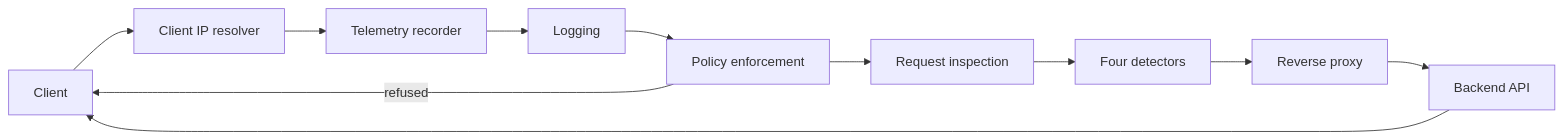
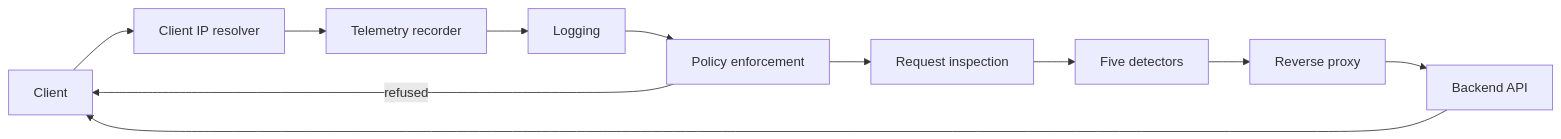
Before and after one commit to Adnan-Safdari/Intelligent_API_Security_Gateway: the first of 2 diagrams in gateway/docs/index.md, drawn with Mermaid. The commit also changed other lines of this file and 9 other files, not shown here.

````diff
--- a/gateway/docs/index.md
+++ b/gateway/docs/index.md
@@ -46,13 +46,13 @@
 ```mermaid
 flowchart LR
     Client[Client] --> Resolver[Client IP resolver]
     Resolver --> Telemetry[Telemetry recorder]
     Telemetry --> Logging[Logging]
     Logging --> Policy[Policy enforcement]
     Policy -->|refused| Client
     Policy --> Inspect[Request inspection]
-    Inspect --> Detectors[Four detectors]
+    Inspect --> Detectors[Five detectors]
     Detectors --> Proxy[Reverse proxy]
     Proxy --> Backend[Backend API]
     Backend --> Client
 ```
````
